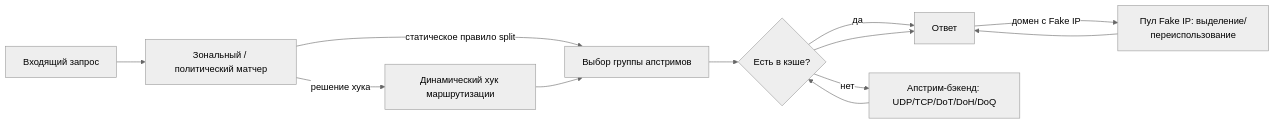
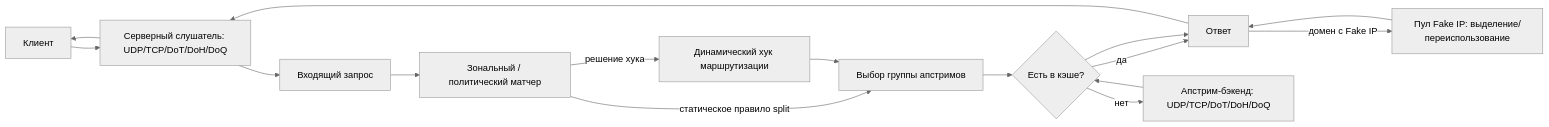
The first of 2 diagrams in ARCHITECTURE.ru.md (F000NKKK/dns-lattice), drawn with Mermaid (neutral theme) before and after one commit. The commit also changed other lines of this file and 3 other files, not shown here.

````diff
--- a/ARCHITECTURE.ru.md
+++ b/ARCHITECTURE.ru.md
@@ -101,14 +133,18 @@
 ```mermaid
 flowchart LR
-    Query[Входящий запрос] --> Match[Зональный / политический матчер]
+    Client[Клиент] --> Listener[Серверный слушатель: UDP/TCP/DoT/DoH/DoQ]
+    Listener --> Query[Входящий запрос]
+    Query --> Match[Зональный / политический матчер]
     Match -->|решение хука| Hook[Динамический хук маршрутизации]
     Match -->|статическое правило split| Route[Выбор группы апстримов]
     Hook --> Route
     Route --> Cache{Есть в кэше?}
     Cache -->|да| Answer[Ответ]
     Cache -->|нет| Upstream[Апстрим-бэкенд: UDP/TCP/DoT/DoH/DoQ]
     Upstream --> Cache
     Cache --> Answer
     Answer -->|домен с Fake IP| FakeIP[Пул Fake IP: выделение/переиспользование]
     FakeIP --> Answer
+    Answer --> Listener
+    Listener --> Client
 ```
````
